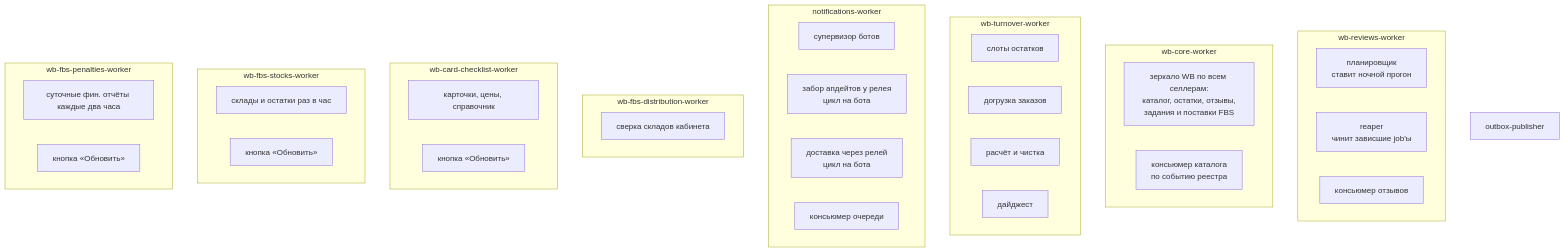
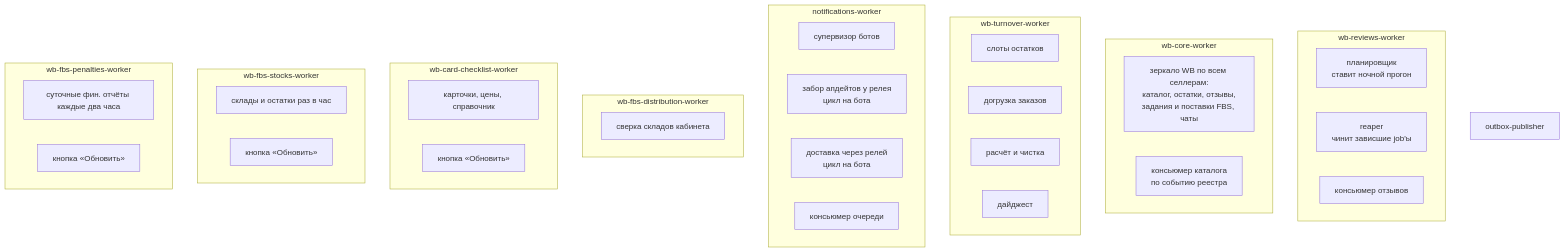
The diagram in docs/architecture/WORKERS.md (krionefishy/karbi), drawn with Mermaid before and after one commit. The commit also changed other lines of this file and 18 other files, not shown here.

````diff
--- a/docs/architecture/WORKERS.md
+++ b/docs/architecture/WORKERS.md
@@ -6,40 +6,40 @@
 ```mermaid
 flowchart TB
     subgraph reviews["wb-reviews-worker"]
         r1["планировщик<br/>ставит ночной прогон"]
         r2["reaper<br/>чинит зависшие job'ы"]
         r3["консьюмер отзывов"]
     end
     subgraph core["wb-core-worker"]
-        k1["зеркало WB по всем селлерам:<br/>каталог, остатки, отзывы,<br/>задания и поставки FBS"]
+        k1["зеркало WB по всем селлерам:<br/>каталог, остатки, отзывы,<br/>задания и поставки FBS, чаты"]
         k2["консьюмер каталога<br/>по событию реестра"]
     end
     subgraph turnover["wb-turnover-worker"]
         t1["слоты остатков"]
         t2["догрузка заказов"]
         t3["расчёт и чистка"]
         t4["дайджест"]
     end
     subgraph notify["notifications-worker"]
         n1["супервизор ботов"]
         n2["забор апдейтов у релея<br/>цикл на бота"]
         n3["доставка через релей<br/>цикл на бота"]
         n4["консьюмер очереди"]
     end
     subgraph fbs["wb-fbs-distribution-worker"]
         f1["сверка складов кабинета"]
     end
     subgraph checklist["wb-card-checklist-worker"]
         c1["карточки, цены, справочник"]
         c2["кнопка «Обновить»"]
     end
     subgraph stocks["wb-fbs-stocks-worker"]
         s1["склады и остатки раз в час"]
         s2["кнопка «Обновить»"]
     end
     subgraph penalties["wb-fbs-penalties-worker"]
         p1["суточные фин. отчёты каждые два часа"]
         p2["кнопка «Обновить»"]
     end
     outbox["outbox-publisher"]
 ```
````
